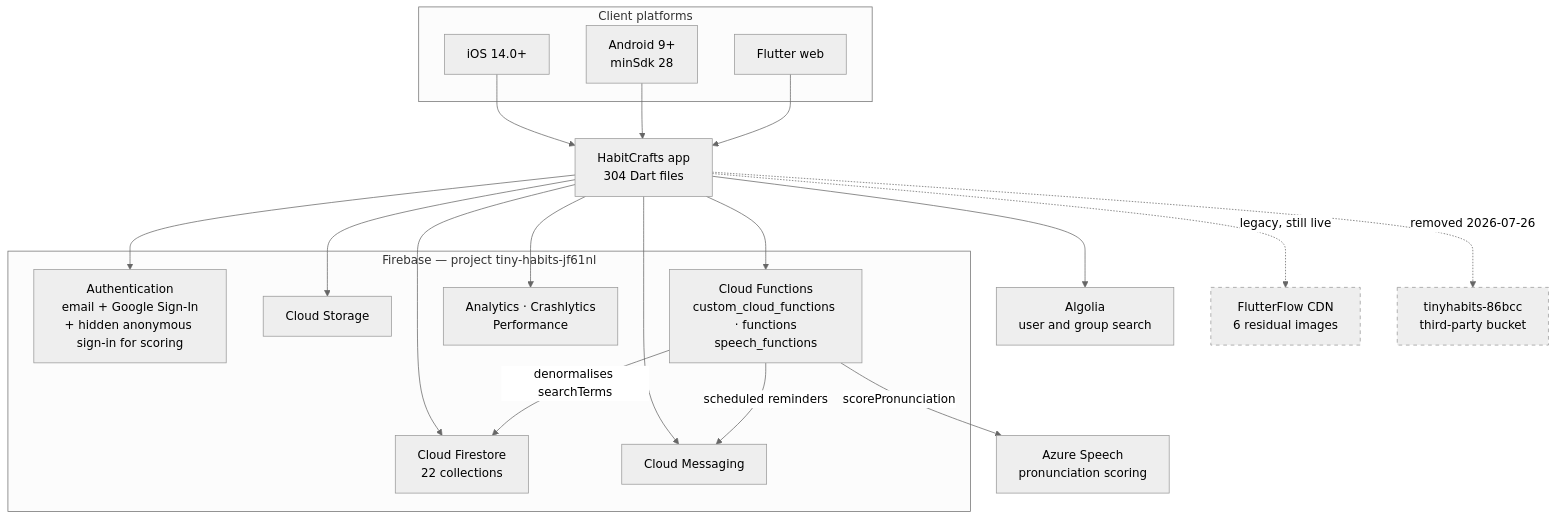
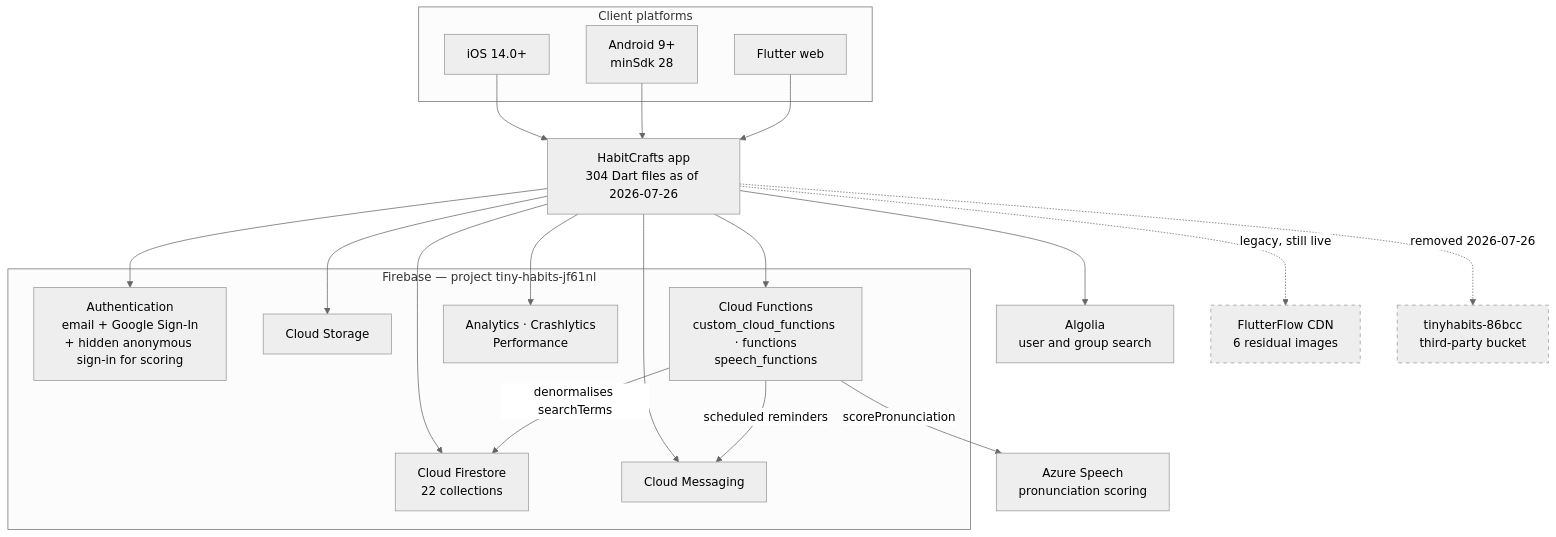
The diagram in docs/architecture/01-system-context.md (Mark-lichman/HabitCrafts), drawn with Mermaid (neutral theme) before and after one commit.

Commit message:
docs(arch): date the system-context Dart file count
Fixes: System-context diagram keeps a stale undated Dart file count
(task p1-polish, docs/architecture/01-system-context.md:13).

The APP node said "304 Dart files" with no date. lib/ now holds 323
tracked Dart files. The node now carries the README's dated form:
"304 Dart files as of 2026-07-26".

Outcome: queued absorb row 1 for phase 2 (doc coherence with
docs/architecture/README.md). No End state depends on it.
Chain:
1. The diagram agrees with the dated README figure.
2. The APP node label names its as-of date.
3. Pinned tip f8efd21 has an undated label (earliest unmet link).
Premise checked: git ls-files lib/*.dart counts 323, README line 33
dates 304 to 2026-07-26. The fix changes no other reader.

Ignore for now: refreshing the count to 323 across README and the
diagram, because the finding asks only for the dated form and the
README stays the single dated source.

WAR-Task: war/azure-pronunciation-check/p2-polish

````diff
--- a/docs/architecture/01-system-context.md
+++ b/docs/architecture/01-system-context.md
@@ -5,46 +5,46 @@
 ```mermaid
 flowchart TB
     subgraph clients["Client platforms"]
         IOS["iOS 14.0+"]
         AND["Android 9+<br/>minSdk 28"]
         WEB["Flutter web"]
     end
 
-    APP["HabitCrafts app<br/>304 Dart files"]
+    APP["HabitCrafts app<br/>304 Dart files as of 2026-07-26"]
 
     IOS --> APP
     AND --> APP
     WEB --> APP
 
     subgraph fb["Firebase — project tiny-habits-jf61nl"]
         AUTH["Authentication<br/>email + Google Sign-In<br/>+ hidden anonymous sign-in for scoring"]
         FS["Cloud Firestore<br/>22 collections"]
         ST["Cloud Storage"]
         FN["Cloud Functions<br/>custom_cloud_functions · functions<br/>speech_functions"]
         FCM["Cloud Messaging"]
         OBS["Analytics · Crashlytics<br/>Performance"]
     end
 
     APP --> AUTH
     APP --> FS
     APP --> ST
     APP --> FN
     APP --> FCM
     APP --> OBS
 
     ALG["Algolia<br/>user and group search"]
     APP --> ALG
     AZ["Azure Speech<br/>pronunciation scoring"]
     FN -->|"scorePronunciation"| AZ
     FN -->|"denormalises searchTerms"| FS
     FN -->|"scheduled reminders"| FCM
 
     CDN["FlutterFlow CDN<br/>6 residual images"]
     APP -.->|"legacy, still live"| CDN
 
     DEAD["tinyhabits-86bcc<br/>third-party bucket"]
     APP -.->|"removed 2026-07-26"| DEAD
 
     style DEAD stroke-dasharray: 5 5
     style CDN stroke-dasharray: 5 5
 ```
````
